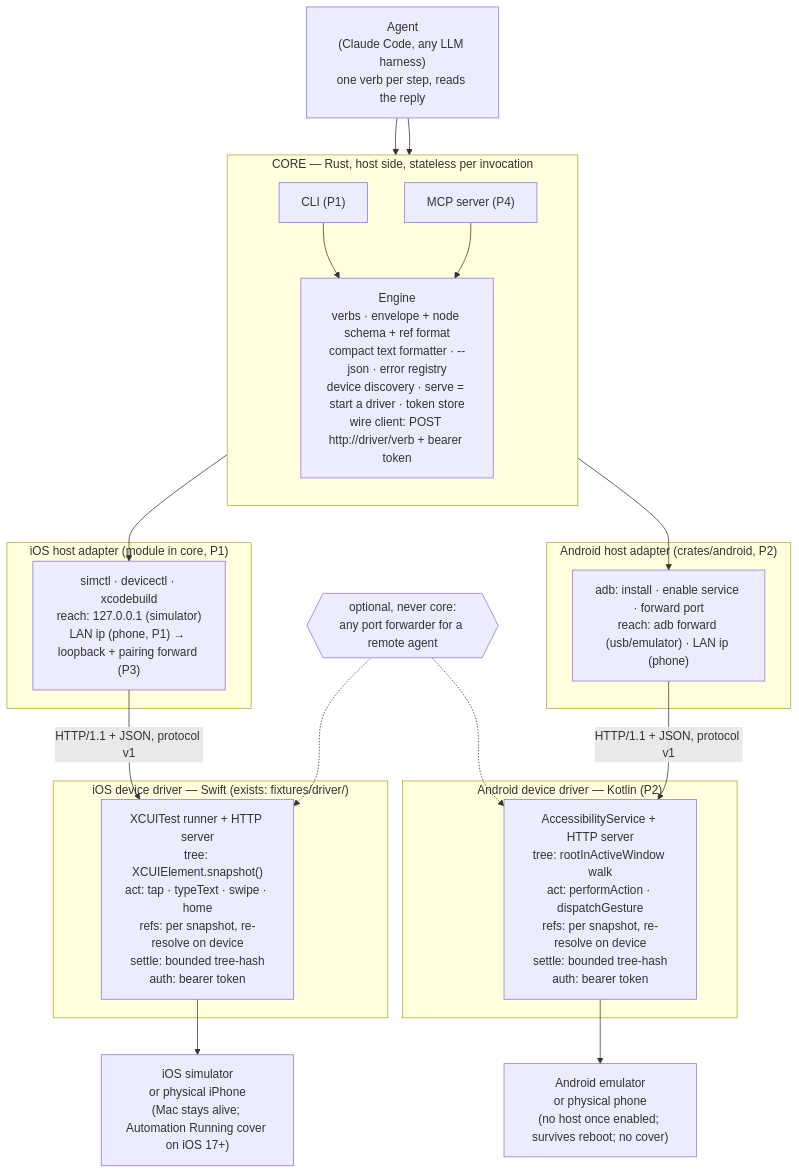
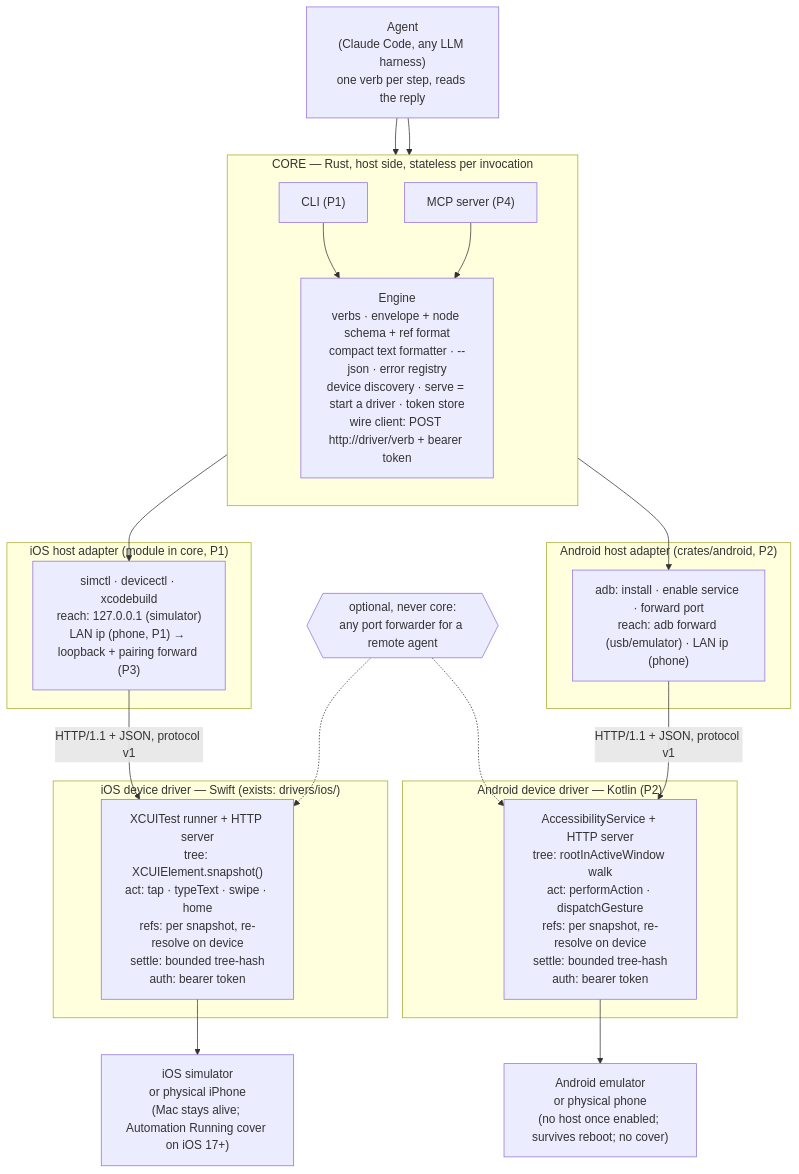
The diagram in docs/PRD.md (lahfir/agent-mobile), drawn with Mermaid before and after one commit. The commit also changed other lines of this file and 196 other files, not shown here.

First line of the commit message:
P1: iOS CLI + core on a long-lived Swift/XCUITest driver (#1)

````diff
--- a/docs/PRD.md
+++ b/docs/PRD.md
@@ -60,45 +60,45 @@
 ```mermaid
 flowchart TB
     AGENT["Agent<br/>(Claude Code, any LLM harness)<br/>one verb per step, reads the reply"]
 
     subgraph CORE["CORE — Rust, host side, stateless per invocation"]
         direction TB
         CLI["CLI (P1)"]
         MCP["MCP server (P4)"]
         ENGINE["Engine<br/>verbs · envelope + node schema + ref format<br/>compact text formatter · --json · error registry<br/>device discovery · serve = start a driver · token store<br/>wire client: POST http://driver/verb + bearer token"]
         CLI --> ENGINE
         MCP --> ENGINE
     end
 
     subgraph IOSHOST["iOS host adapter (module in core, P1)"]
         IOSA["simctl · devicectl · xcodebuild<br/>reach: 127.0.0.1 (simulator)<br/>LAN ip (phone, P1) → loopback + pairing forward (P3)"]
     end
 
     subgraph ANDHOST["Android host adapter (crates/android, P2)"]
         ANDA["adb: install · enable service · forward port<br/>reach: adb forward (usb/emulator) · LAN ip (phone)"]
     end
 
     TUNNEL{{"optional, never core:<br/>any port forwarder for a remote agent"}}
 
-    subgraph IOSDRV["iOS device driver — Swift (exists: fixtures/driver/)"]
+    subgraph IOSDRV["iOS device driver — Swift (exists: drivers/ios/)"]
         IOSD["XCUITest runner + HTTP server<br/>tree: XCUIElement.snapshot()<br/>act: tap · typeText · swipe · home<br/>refs: per snapshot, re-resolve on device<br/>settle: bounded tree-hash<br/>auth: bearer token"]
     end
 
     subgraph ANDDRV["Android device driver — Kotlin (P2)"]
         ANDD["AccessibilityService + HTTP server<br/>tree: rootInActiveWindow walk<br/>act: performAction · dispatchGesture<br/>refs: per snapshot, re-resolve on device<br/>settle: bounded tree-hash<br/>auth: bearer token"]
     end
 
     IOSDEV["iOS simulator<br/>or physical iPhone<br/>(Mac stays alive; Automation Running cover on iOS 17+)"]
     ANDDEV["Android emulator<br/>or physical phone<br/>(no host once enabled; survives reboot; no cover)"]
 
     AGENT --> CLI
     AGENT --> MCP
     ENGINE --> IOSA
     ENGINE --> ANDA
     IOSA -- "HTTP/1.1 + JSON, protocol v1" --> IOSD
     ANDA -- "HTTP/1.1 + JSON, protocol v1" --> ANDD
     TUNNEL -.-> IOSD
     TUNNEL -.-> ANDD
     IOSD --> IOSDEV
     ANDD --> ANDDEV
 ```
````
